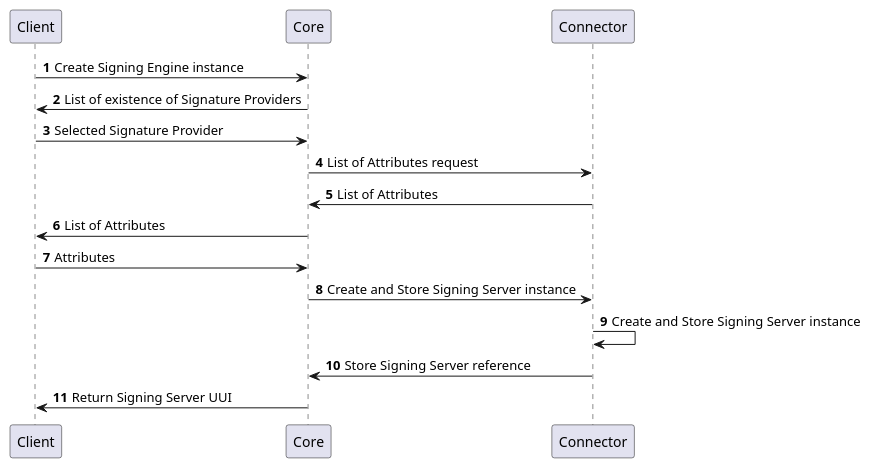
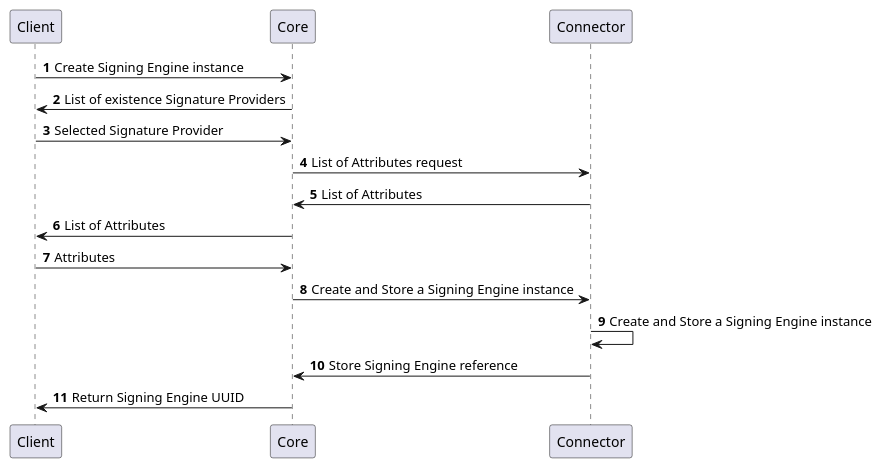
One commit to KaterinaBzatkova/CZERTAINLY-Documentation changed the first of 9 diagrams in docs/10-certificate-key/12-connectors/31-signature-provider.md. Above: the diagram before and after it, drawn with PlantUML. The commit also changed other lines of this file, not shown here.

````diff
--- a/docs/10-certificate-key/12-connectors/31-signature-provider.md
+++ b/docs/10-certificate-key/12-connectors/31-signature-provider.md
@@ -8,17 +20,17 @@
 ```plantuml
     @startuml
     autonumber
     skinparam topurl https://docs.czertainly.com/api/
         Client -> Core [[core-client-operations/#tag/v2-Client-Operations/operation/revokeCertificate]]: Create Signing Engine instance
-        Core -> Client [[connector-authority-provider-v2/#tag/Certificate-Management/operation/validateRevokeCertificateAttributes]]: List of existence of Signature Providers
+        Core -> Client [[connector-authority-provider-v2/#tag/Certificate-Management/operation/validateRevokeCertificateAttributes]]: List of existence Signature Providers
         Client -> Core [[connector-authority-provider-v2/#tag/Certificate-Management/operation/validateRevokeCertificateAttributes]]: Selected Signature Provider 
         Core -> Connector: List of Attributes request 
         Connector -> Core: List of Attributes
         Core -> Client: List of Attributes
         Client -> Core [[connector-authority-provider-v2/#tag/Certificate-Management/operation/revokeCertificate]]: Attributes
-        Core -> Connector: Create and Store Signing Server instance
-        Connector -> Connector: Create and Store Signing Server instance
-        Connector -> Core: Store Signing Server reference 
-        Core -> Client: Return Signing Server UUI
+        Core -> Connector: Create and Store a Signing Engine instance
+        Connector -> Connector: Create and Store a Signing Engine instance
+        Connector -> Core: Store Signing Engine reference 
+        Core -> Client: Return Signing Engine UUID
     @enduml
 ```
````
